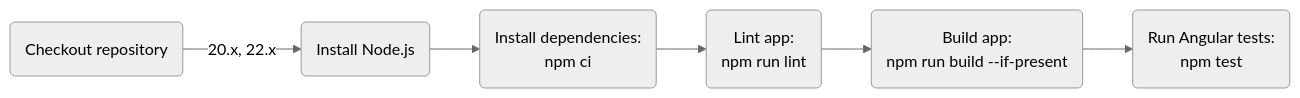
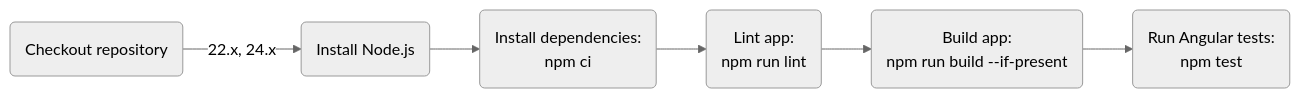
Before and after one commit to Abhiek187/ez-recipes-web: the first of 3 diagrams in README.md, drawn with Mermaid (neutral theme). The commit also changed 1 other file, not shown here.

Commit message:
Update Node versions

````diff
--- a/README.md
+++ b/README.md
@@ -47,9 +47,9 @@
 ```mermaid
 flowchart LR
 
-A(Checkout repository) -->|20.x, 22.x| B(Install Node.js)
+A(Checkout repository) -->|22.x, 24.x| B(Install Node.js)
 B --> C(Install dependencies:<br>npm ci)
 C --> D(Lint app:<br>npm run lint)
 D --> E(Build app:<br>npm run build --if-present)
 E --> F(Run Angular tests:<br>npm test)
 ```
````
